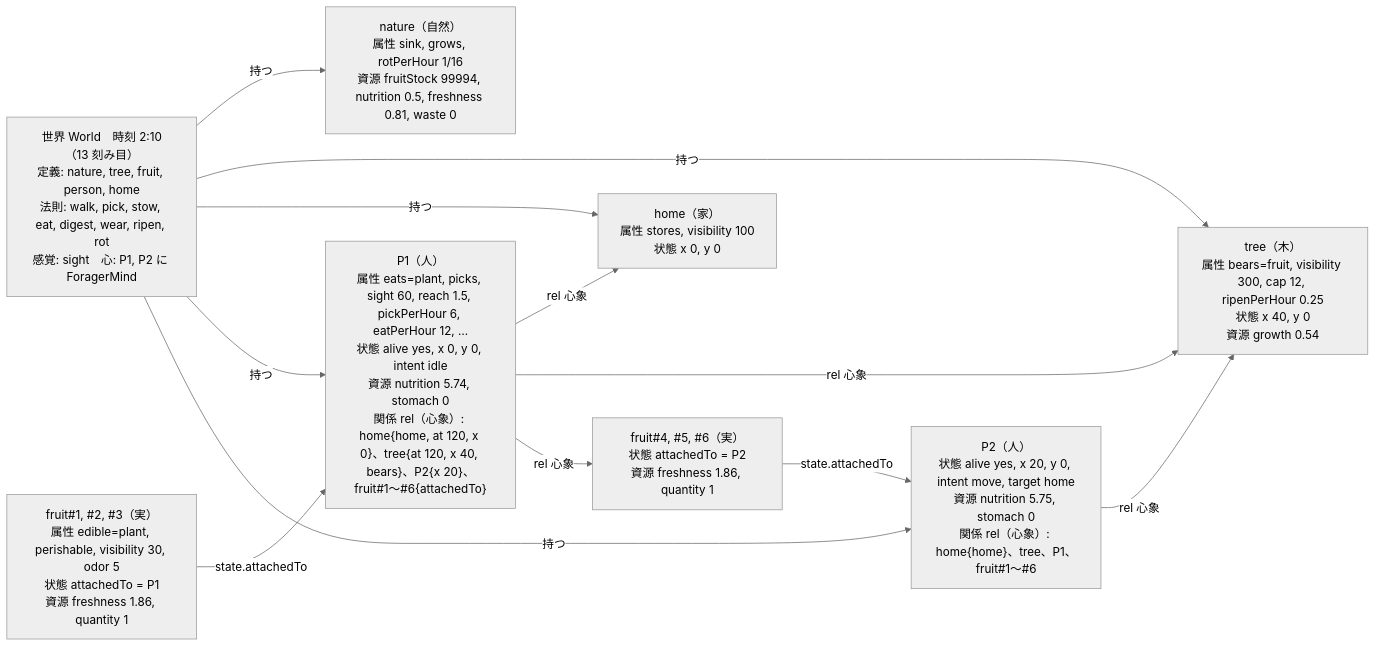
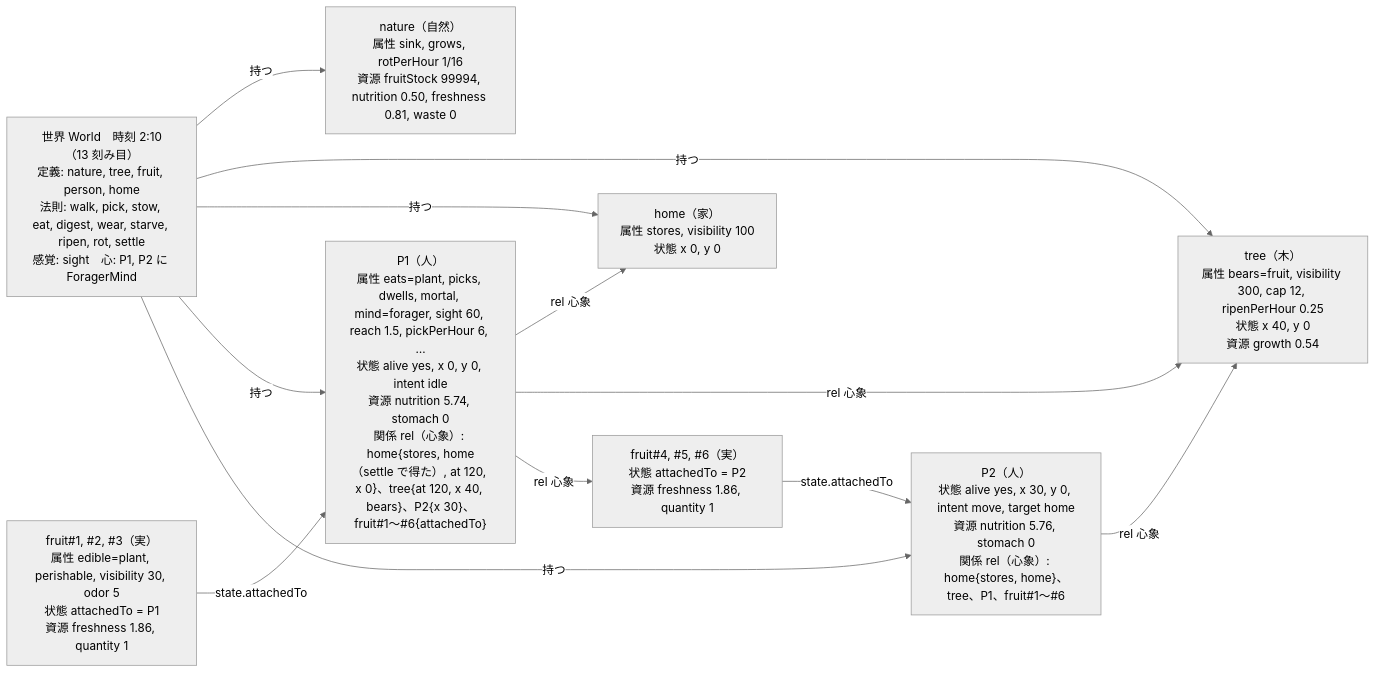
Before and after one commit to demerzel09/Medieval-Simulator: the diagram in docs/figures/src/design-fig6-object.mmd, drawn with Mermaid (neutral theme). The commit also changed 13 other files, not shown here.

```diff
--- a/docs/figures/src/design-fig6-object.mmd
+++ b/docs/figures/src/design-fig6-object.mmd
@@ -1,20 +1,20 @@
 flowchart LR
-  W["世界 World　時刻 2:10（13 刻み目）<br/>定義: nature, tree, fruit, person, home<br/>法則: walk, pick, stow, eat, digest, wear, ripen, rot<br/>感覚: sight　心: P1, P2 に ForagerMind"]
-  N["nature（自然）<br/>属性 sink, grows, rotPerHour 1/16<br/>資源 fruitStock 99994, nutrition 0.5, freshness 0.81, waste 0"]
+  W["世界 World　時刻 2:10（13 刻み目）<br/>定義: nature, tree, fruit, person, home<br/>法則: walk, pick, stow, eat, digest, wear, starve, ripen, rot, settle<br/>感覚: sight　心: P1, P2 に ForagerMind"]
+  N["nature（自然）<br/>属性 sink, grows, rotPerHour 1/16<br/>資源 fruitStock 99994, nutrition 0.50, freshness 0.81, waste 0"]
   T["tree（木）<br/>属性 bears=fruit, visibility 300, cap 12, ripenPerHour 0.25<br/>状態 x 40, y 0<br/>資源 growth 0.54"]
   H["home（家）<br/>属性 stores, visibility 100<br/>状態 x 0, y 0"]
   F1["fruit#1, #2, #3（実）<br/>属性 edible=plant, perishable, visibility 30, odor 5<br/>状態 attachedTo = P1<br/>資源 freshness 1.86, quantity 1"]
   F4["fruit#4, #5, #6（実）<br/>状態 attachedTo = P2<br/>資源 freshness 1.86, quantity 1"]
-  P1["P1（人）<br/>属性 eats=plant, picks, sight 60, reach 1.5, pickPerHour 6, eatPerHour 12, …<br/>状態 alive yes, x 0, y 0, intent idle<br/>資源 nutrition 5.74, stomach 0<br/>関係 rel（心象）: home{home, at 120, x 0}、tree{at 120, x 40, bears}、P2{x 20}、fruit#1〜#6{attachedTo}"]
-  P2["P2（人）<br/>状態 alive yes, x 20, y 0, intent move, target home<br/>資源 nutrition 5.75, stomach 0<br/>関係 rel（心象）: home{home}、tree、P1、fruit#1〜#6"]
+  P1["P1（人）<br/>属性 eats=plant, picks, dwells, mortal, mind=forager, sight 60, reach 1.5, pickPerHour 6, …<br/>状態 alive yes, x 0, y 0, intent idle<br/>資源 nutrition 5.74, stomach 0<br/>関係 rel（心象）: home{stores, home（settle で得た）, at 120, x 0}、tree{at 120, x 40, bears}、P2{x 30}、fruit#1〜#6{attachedTo}"]
+  P2["P2（人）<br/>状態 alive yes, x 30, y 0, intent move, target home<br/>資源 nutrition 5.76, stomach 0<br/>関係 rel（心象）: home{stores, home}、tree、P1、fruit#1〜#6"]
   W -->|"持つ"| N
   W -->|"持つ"| T
   W -->|"持つ"| H
   W -->|"持つ"| P1
   W -->|"持つ"| P2
   F1 -->|"state.attachedTo"| P1
   F4 -->|"state.attachedTo"| P2
   P1 -->|"rel 心象"| H
   P1 -->|"rel 心象"| T
   P1 -->|"rel 心象"| F4
   P2 -->|"rel 心象"| T
```
